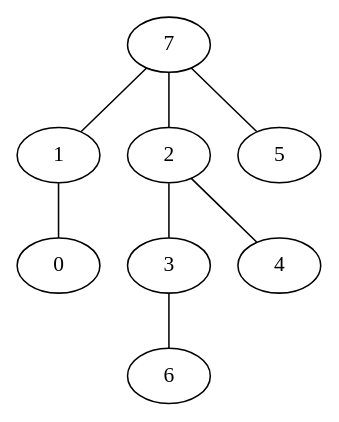
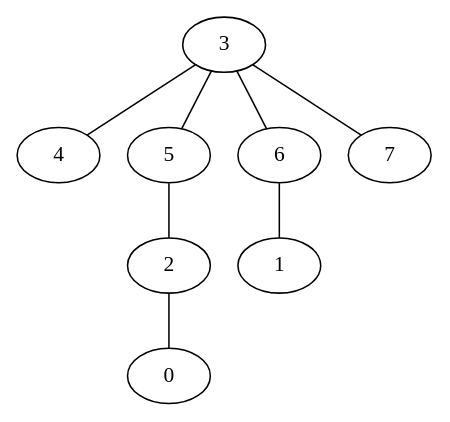
The diagram in experiments/pygrapghviz.dot (VillegasGG/greedy-firefighter-problem), drawn with Graphviz before and after one commit. The commit also changed 1 other file, not shown here.

```diff
--- a/experiments/pygrapghviz.dot
+++ b/experiments/pygrapghviz.dot
@@ -1,9 +1,9 @@
 strict graph "" {
-	7 -- 1;
-	7 -- 2;
-	7 -- 5;
-	1 -- 0;
-	2 -- 3;
-	2 -- 4;
+	3 -- 4;
+	3 -- 5;
 	3 -- 6;
+	3 -- 7;
+	5 -- 2;
+	6 -- 1;
+	2 -- 0;
 }
```
